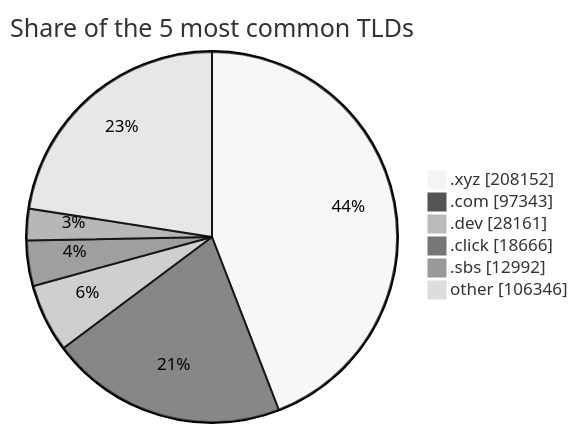
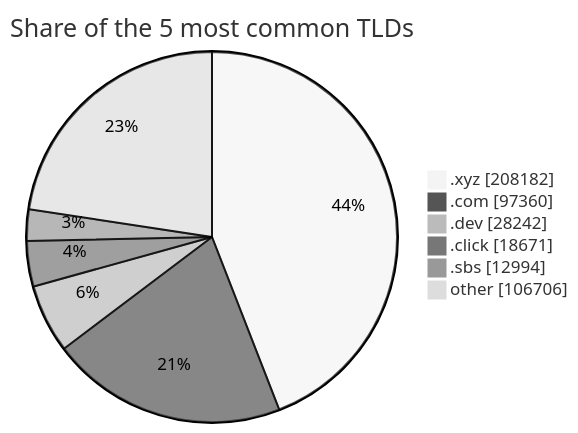
Before and after one commit to DNSBunker/CTI: the second of 2 diagrams in README.md, drawn with Mermaid (neutral theme). The commit also changed other lines of this file and 3 other files, not shown here.

````diff
--- a/README.md
+++ b/README.md
@@ -72,9 +72,9 @@
 ```mermaid
 pie showData title Share of the 5 most common TLDs
-    ".xyz" : 208152
-    ".com" : 97343
-    ".dev" : 28161
-    ".click" : 18666
-    ".sbs" : 12992
-    "other" : 106346
+    ".xyz" : 208182
+    ".com" : 97360
+    ".dev" : 28242
+    ".click" : 18671
+    ".sbs" : 12994
+    "other" : 106706
 ```
````
